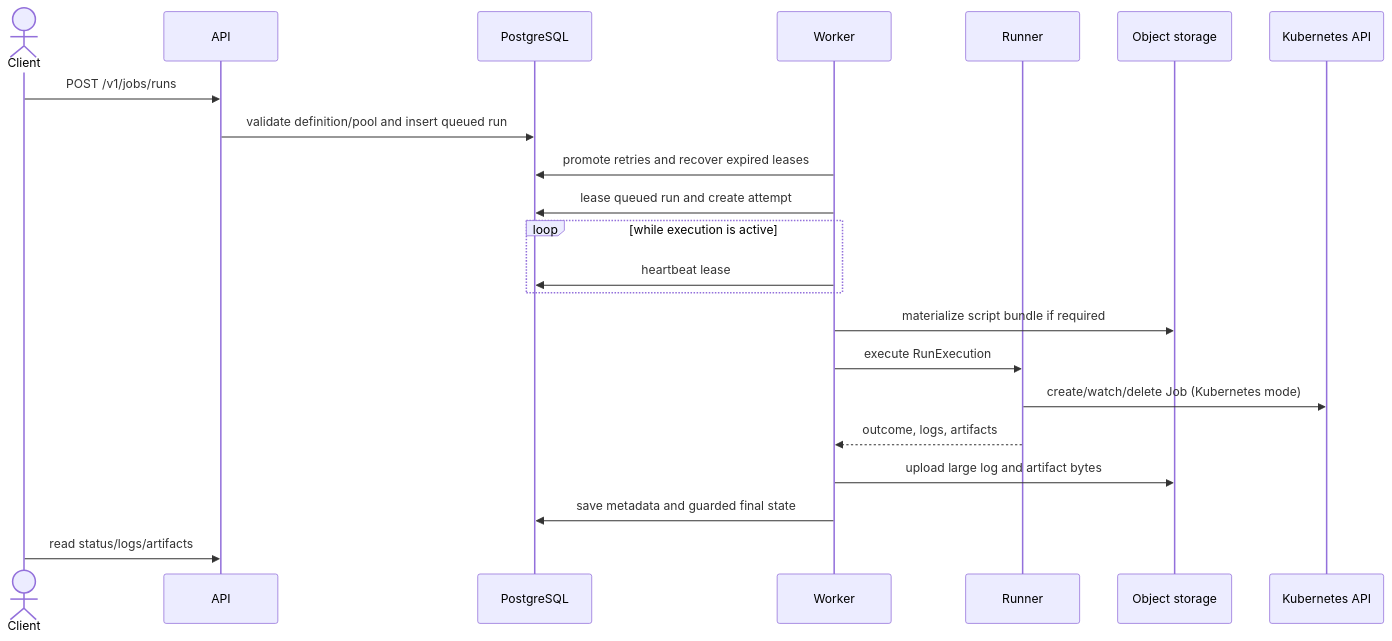
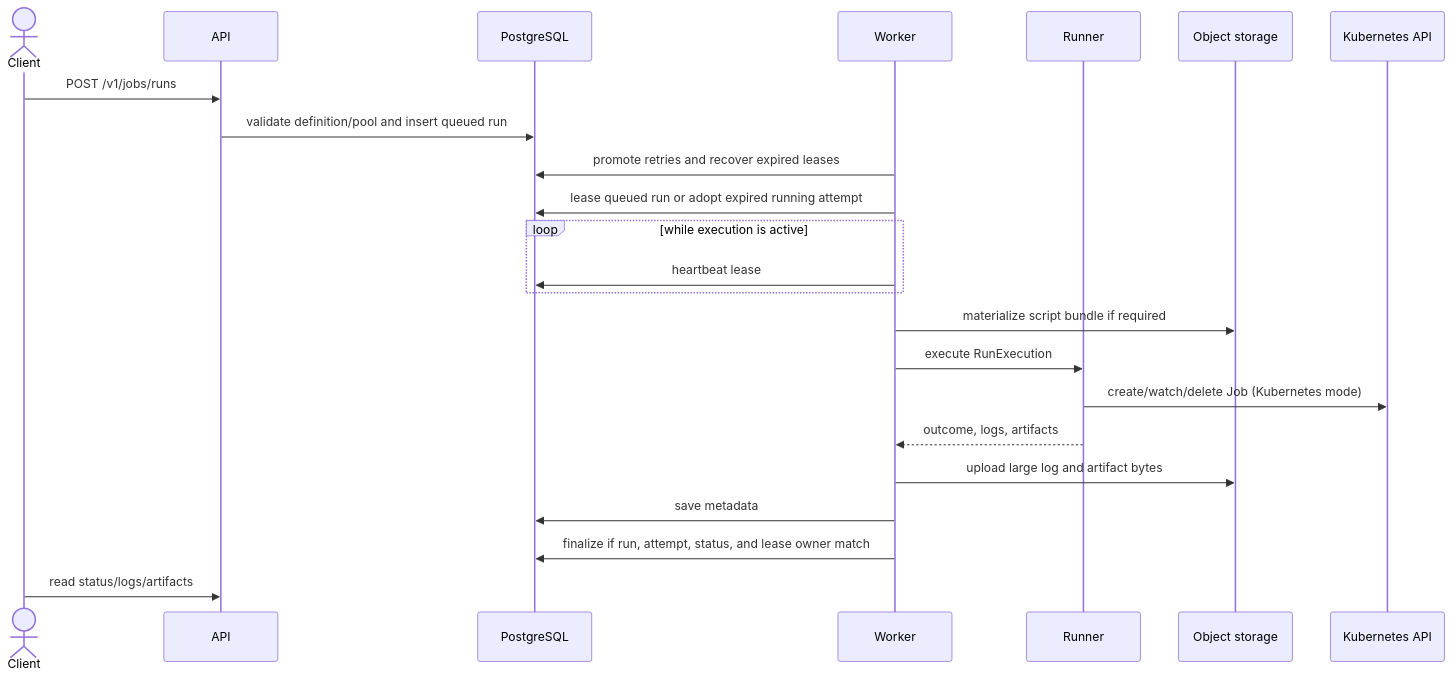
One commit to mohripan/capsulet changed the fourth of 6 diagrams in ARCHITECTURE.md. Above: the diagram before and after it, drawn with Mermaid. The commit also changed other lines of this file and 28 other files, not shown here.

````diff
--- a/ARCHITECTURE.md
+++ b/ARCHITECTURE.md
@@ -199,25 +199,26 @@
 ```mermaid
 sequenceDiagram
     actor Client
     participant API
     participant DB as PostgreSQL
     participant Worker
     participant Runner
     participant Store as Object storage
     participant Kube as Kubernetes API
 
     Client->>API: POST /v1/jobs/runs
     API->>DB: validate definition/pool and insert queued run
     Worker->>DB: promote retries and recover expired leases
-    Worker->>DB: lease queued run and create attempt
+    Worker->>DB: lease queued run or adopt expired running attempt
     loop while execution is active
         Worker->>DB: heartbeat lease
     end
     Worker->>Store: materialize script bundle if required
     Worker->>Runner: execute RunExecution
     Runner->>Kube: create/watch/delete Job (Kubernetes mode)
     Runner-->>Worker: outcome, logs, artifacts
     Worker->>Store: upload large log and artifact bytes
-    Worker->>DB: save metadata and guarded final state
+    Worker->>DB: save metadata
+    Worker->>DB: finalize if run, attempt, status, and lease owner match
     Client->>API: read status/logs/artifacts
 ```
````
